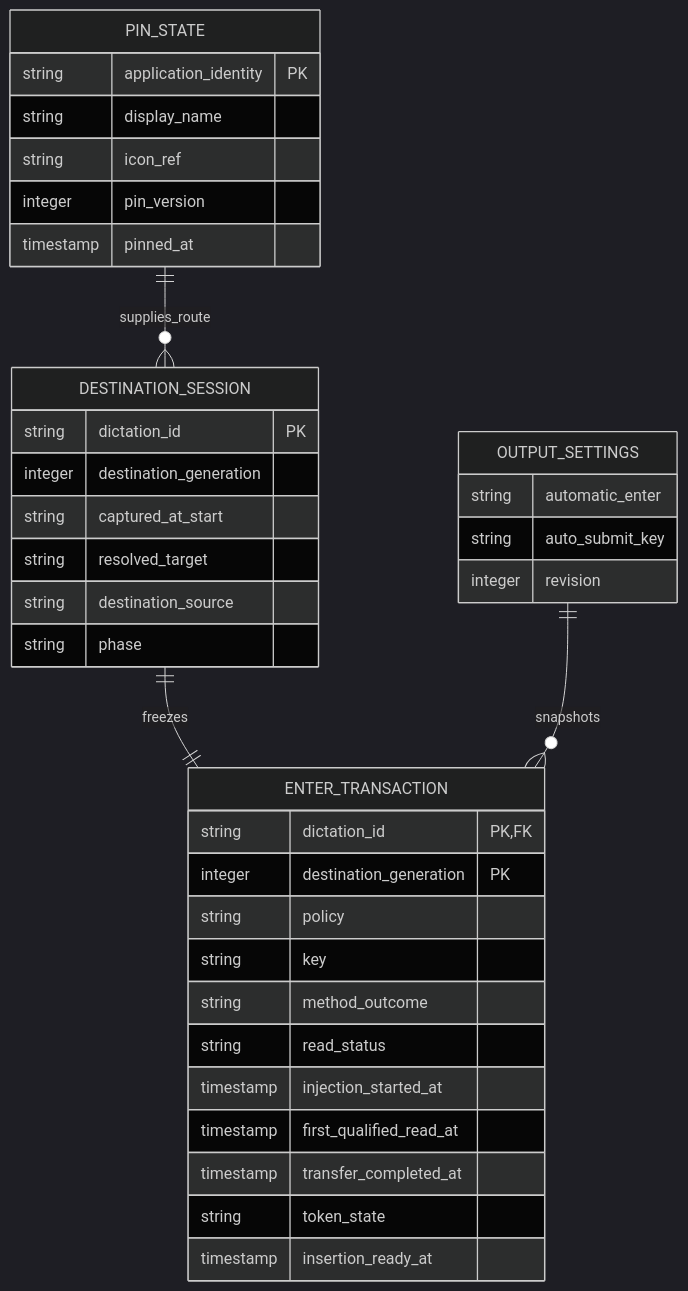
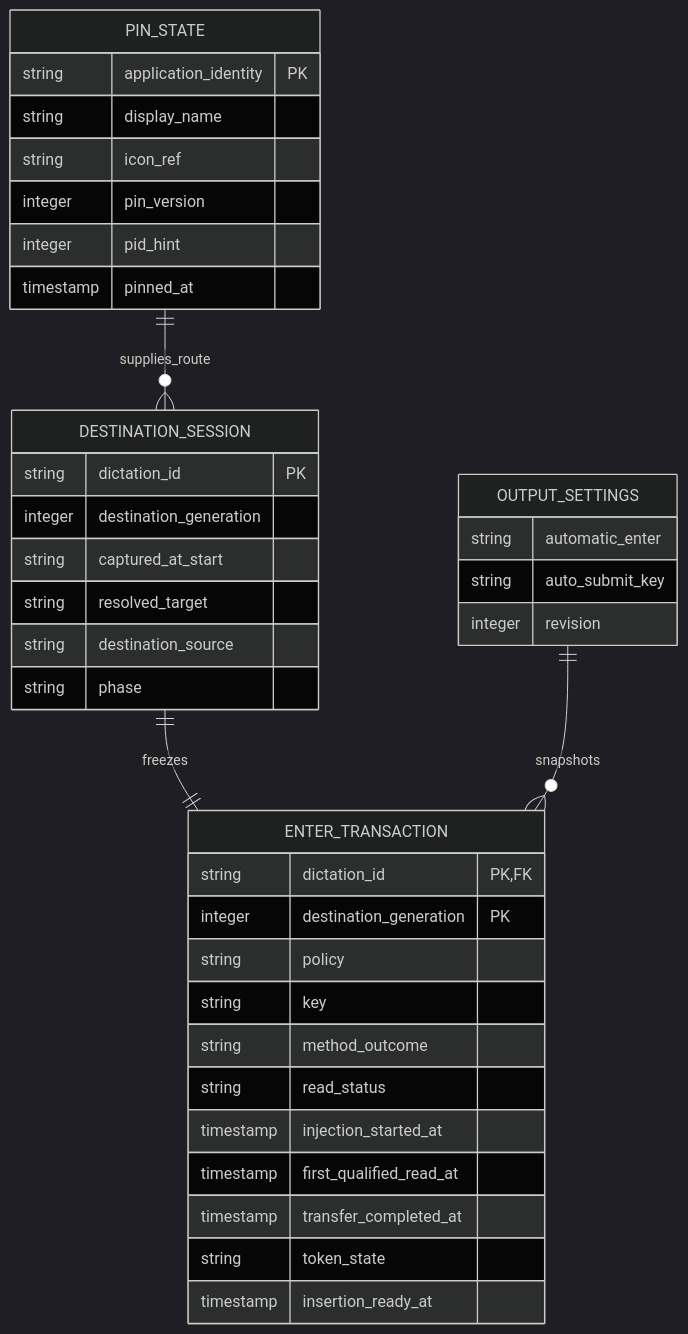
The fourth of 4 diagrams in .specs/features/009-pin-mode-and-enter-rule/plan.md (julien-m/handy), drawn with Mermaid (dark theme) before and after one commit. The commit also changed other lines of this file and 2 other files, not shown here.

````diff
--- a/.specs/features/009-pin-mode-and-enter-rule/plan.md
+++ b/.specs/features/009-pin-mode-and-enter-rule/plan.md
@@ -415,39 +459,40 @@
 ```mermaid
 erDiagram
   PIN_STATE ||--o{ DESTINATION_SESSION : supplies_route
   DESTINATION_SESSION ||--|| ENTER_TRANSACTION : freezes
   OUTPUT_SETTINGS ||--o{ ENTER_TRANSACTION : snapshots
   PIN_STATE {
     string application_identity PK
     string display_name
     string icon_ref
     integer pin_version
+    integer pid_hint
     timestamp pinned_at
   }
   DESTINATION_SESSION {
     string dictation_id PK
     integer destination_generation
     string captured_at_start
     string resolved_target
     string destination_source
     string phase
   }
   OUTPUT_SETTINGS {
     string automatic_enter
     string auto_submit_key
     integer revision
   }
   ENTER_TRANSACTION {
     string dictation_id PK, FK
     integer destination_generation PK
     string policy
     string key
     string method_outcome
     string read_status
     timestamp injection_started_at
     timestamp first_qualified_read_at
     timestamp transfer_completed_at
     string token_state
     timestamp insertion_ready_at
   }
 ```
````
